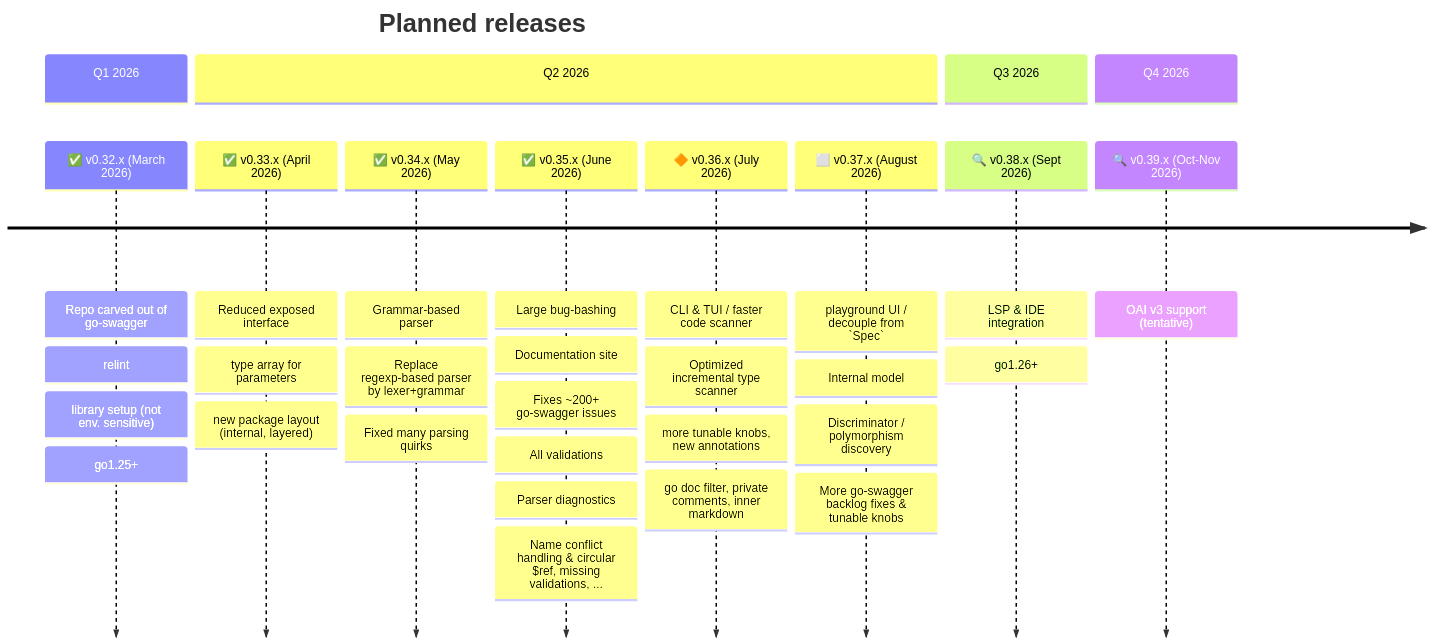
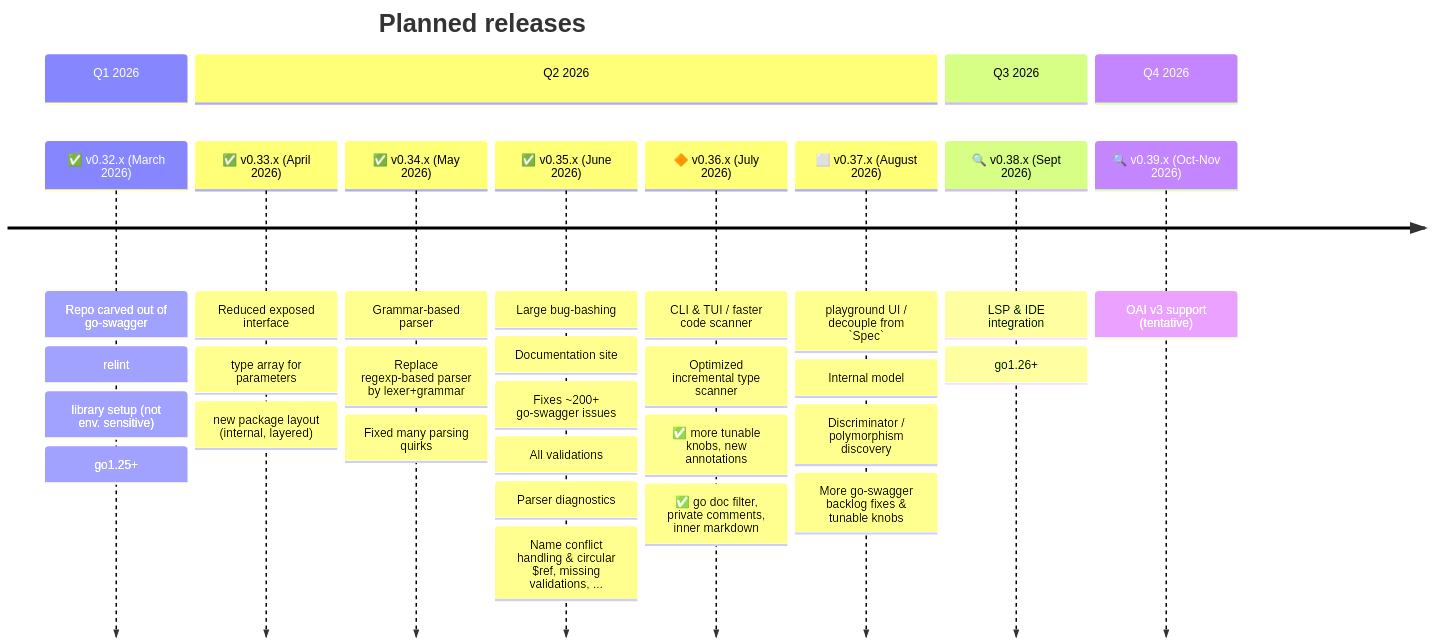
The diagram in docs/doc-site/maintainers/ROADMAP.md (go-openapi/codescan), drawn with Mermaid before and after one commit. The commit also changed 20 other files, not shown here.

Commit message:
doc: updated roadmap ; clean up comments

```diff
--- a/docs/doc-site/maintainers/ROADMAP.md
+++ b/docs/doc-site/maintainers/ROADMAP.md
@@ -9,35 +9,35 @@
 {{< mermaid align="center" zoom="true" >}}
 timeline
     title Planned releases
     section Q1 2026
     ✅ v0.32.x (March 2026) : Repo carved out of go-swagger
                     : relint
                     : library setup (not env. sensitive)
                     : go1.25+
     section Q2 2026
     ✅ v0.33.x (April 2026) : Reduced exposed interface
                     : type array for parameters
                     : new package layout (internal, layered)
     ✅ v0.34.x (May 2026) : Grammar-based parser
                     : Replace regexp-based parser by lexer+grammar
                     : Fixed many parsing quirks
     ✅ v0.35.x (June 2026) : Large bug-bashing
                     : Documentation site
                     : Fixes ~200+ go-swagger issues
                     : All validations
                     : Parser diagnostics
                     : Name conflict handling & circular $ref, missing validations, ... 
     🔶 v0.36.x (July 2026) : CLI & TUI / faster code scanner
                     : Optimized incremental type scanner
-                    : more tunable knobs, new annotations
-                    : go doc filter, private comments, inner markdown
+                    : ✅ more tunable knobs, new annotations
+                    : ✅ go doc filter, private comments, inner markdown
     ⬜ v0.37.x (August 2026) : playground UI / decouple from `Spec`
                     : Internal model
                     : Discriminator / polymorphism discovery
                     : More go-swagger backlog fixes & tunable knobs
     section Q3 2026
     🔍 v0.38.x (Sept 2026) : LSP & IDE integration
                     : go1.26+
     section Q4 2026
     🔍 v0.39.x (Oct-Nov 2026) : OAI v3 support (tentative)
 {{< /mermaid >}}
```
